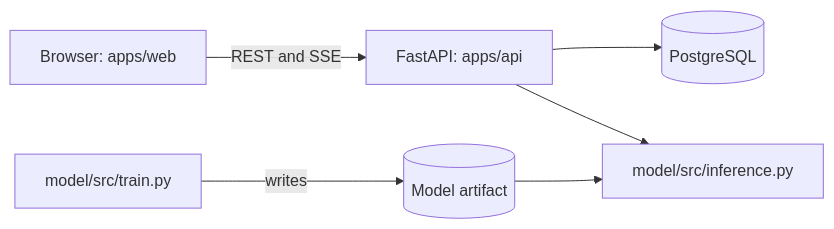
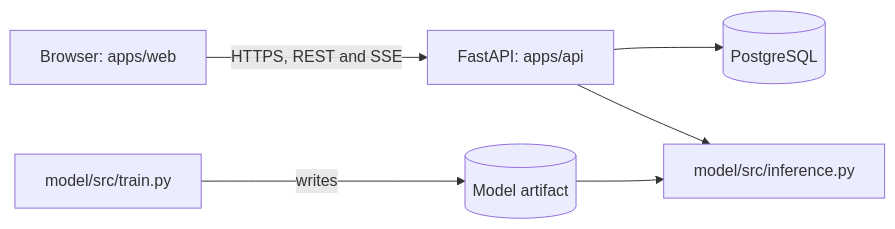
Before and after one commit to abdurrahmanse/brainX: the diagram in docs/ARCHITECTURE.md, drawn with Mermaid. The commit also changed other lines of this file and 8 other files, not shown here.

First line of the commit message:
Update README, architecture, backend, frontend, and project documentation for user authentication and portfolio features

````diff
--- a/docs/ARCHITECTURE.md
+++ b/docs/ARCHITECTURE.md
@@ -7,8 +7,8 @@
 ```mermaid
 flowchart LR
-    B[Browser: apps/web] -->|"REST and SSE"| A[FastAPI: apps/api]
+    B[Browser: apps/web] -->|"HTTPS, REST and SSE"| A[FastAPI: apps/api]
     A --> D[(PostgreSQL)]
     A --> I[model/src/inference.py]
     C[(Model artifact)] --> I
     T[model/src/train.py] -->|writes| C
 ```
````
